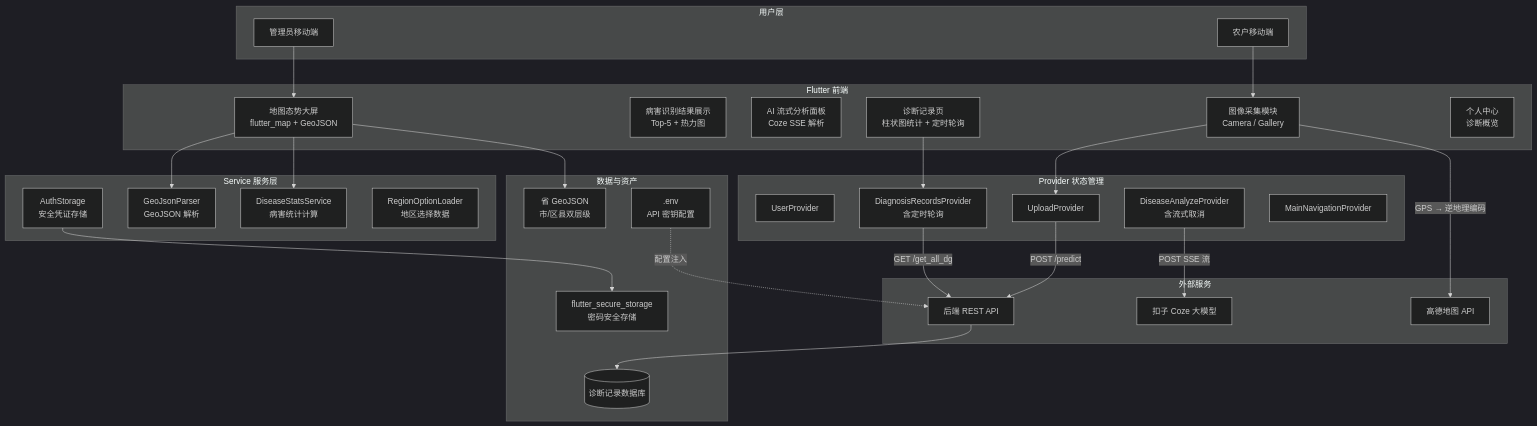
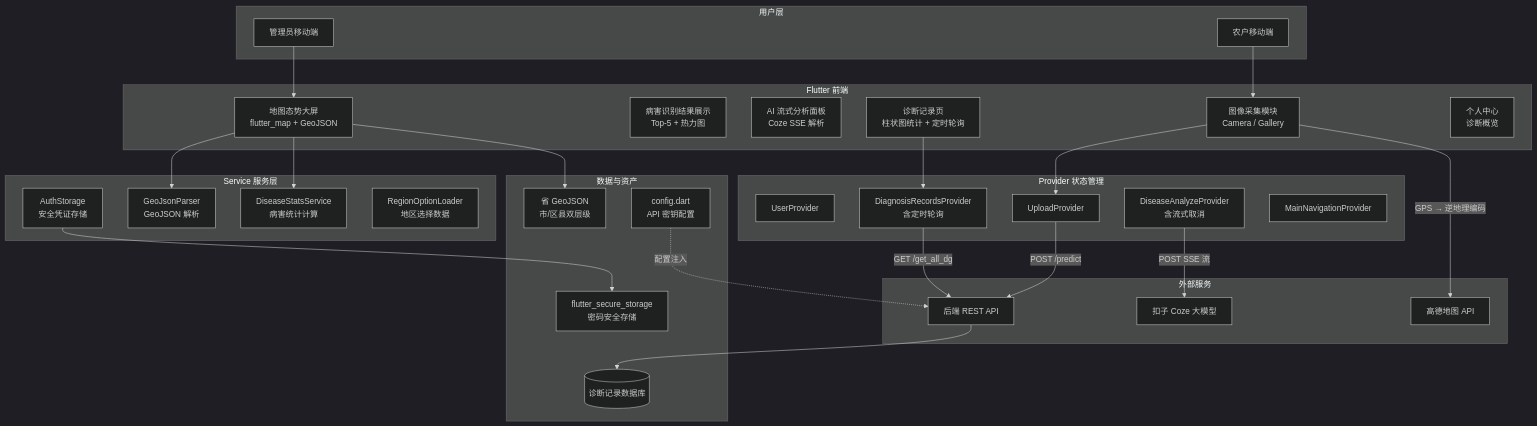
The first of 3 diagrams in README.md (42419/disease_flutter), drawn with Mermaid (dark theme) before and after one commit. The commit also changed other lines of this file, not shown here.

````diff
--- a/README.md
+++ b/README.md
@@ -84,59 +84,59 @@
 ```mermaid
 graph TB
     subgraph 用户层["用户层"]
         A1[农户移动端]
         A2[管理员移动端]
     end
 
     subgraph 前端层["Flutter 前端"]
         B1[图像采集模块<br/>Camera / Gallery]
         B2[病害识别结果展示<br/>Top-5 + 热力图]
         B3[AI 流式分析面板<br/>Coze SSE 解析]
         B4[诊断记录页<br/>柱状图统计 + 定时轮询]
         B5[地图态势大屏<br/>flutter_map + GeoJSON]
         B6[个人中心<br/>诊断概览]
     end
 
     subgraph 状态层["Provider 状态管理"]
         P1[UserProvider]
         P2[UploadProvider]
         P3[DiagnosisRecordsProvider<br/>含定时轮询]
         P4[DiseaseAnalyzeProvider<br/>含流式取消]
         P5[MainNavigationProvider]
     end
 
     subgraph 服务层["Service 服务层"]
         S1[AuthStorage<br/>安全凭证存储]
         S2[GeoJsonParser<br/>GeoJSON 解析]
         S3[DiseaseStatsService<br/>病害统计计算]
         S4[RegionOptionLoader<br/>地区选择数据]
     end
 
     subgraph 外部服务["外部服务"]
         C1[后端 REST API]
         C2[扣子 Coze 大模型]
         C3[高德地图 API]
     end
 
     subgraph 数据层["数据与资产"]
         D1[(诊断记录数据库)]
         D2[省 GeoJSON<br/>市/区县双层级]
         D3[flutter_secure_storage<br/>密码安全存储]
-        D4[.env<br/>API 密钥配置]
+        D4[config.dart<br/>API 密钥配置]
     end
 
     A1 --> B1
     A2 --> B5
     B1 --> P2
     B4 --> P3
     B5 --> S2
     B5 --> S3
     P3 -->|GET /get_all_dg| C1
     P4 -->|POST SSE 流| C2
     P2 -->|POST /predict| C1
     B1 -->|GPS → 逆地理编码| C3
     S1 --> D3
     D4 -.->|配置注入| C1
     C1 --> D1
     B5 --> D2
 ```
````
